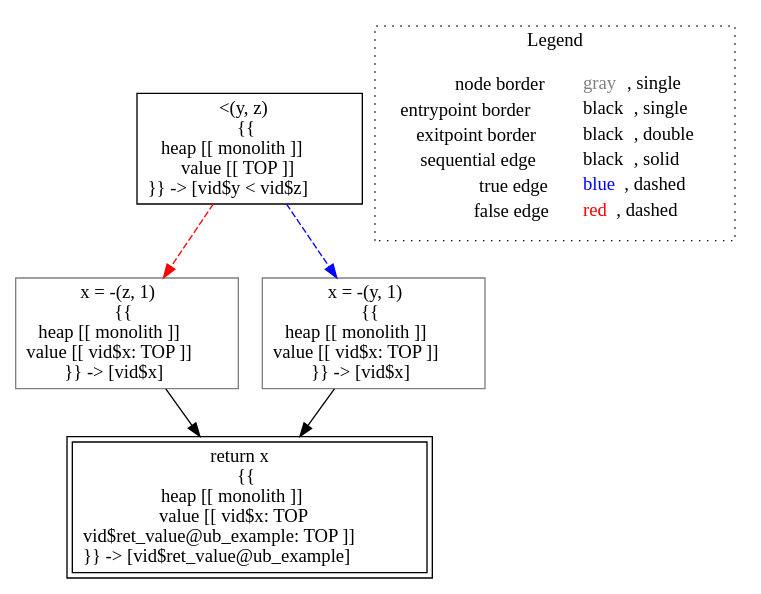
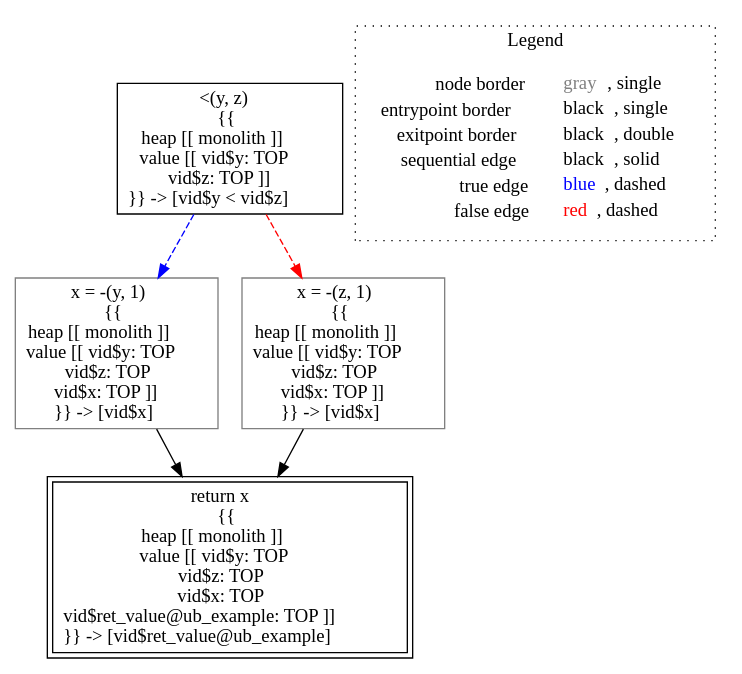
One commit to lisa-analyzer/lisa changed the diagram in lisa/imp-testcases/numeric/interval/analysis___untyped_ub_example(untyped_y,_untyped_z).dot. Above: the diagram before and after it, drawn with Graphviz. The commit also changed 18 other files, not shown here.

First line of the commit message:
PushAny for expressions creating top value

```diff
--- a/lisa/imp-testcases/numeric/interval/analysis___untyped_ub_example(untyped_y,_untyped_z).dot
+++ b/lisa/imp-testcases/numeric/interval/analysis___untyped_ub_example(untyped_y,_untyped_z).dot
@@ -1,17 +1,17 @@
 digraph {
-	"node0" [shape="rect",color="black",label=<&lt;(y, z)<BR/>{{<BR/>heap [[ monolith ]]<BR/>value [[ TOP ]]<BR/>}} -&gt; [vid$y &lt; vid$z]>];
-	"node1" [shape="rect",color="black",peripheries="2",label=<return x<BR/>{{<BR/>heap [[ monolith ]]<BR/>value [[ vid$x: TOP<BR/>vid$ret_value@ub_example: TOP ]]<BR/>}} -&gt; [vid$ret_value@ub_example]>];
-	"node2" [shape="rect",color="gray",label=<x = -(z, 1)<BR/>{{<BR/>heap [[ monolith ]]<BR/>value [[ vid$x: TOP ]]<BR/>}} -&gt; [vid$x]>];
-	"node3" [shape="rect",color="gray",label=<x = -(y, 1)<BR/>{{<BR/>heap [[ monolith ]]<BR/>value [[ vid$x: TOP ]]<BR/>}} -&gt; [vid$x]>];
+	"node0" [shape="rect",color="black",label=<&lt;(y, z)<BR/>{{<BR/>heap [[ monolith ]]<BR/>value [[ vid$y: TOP<BR/>vid$z: TOP ]]<BR/>}} -&gt; [vid$y &lt; vid$z]>];
+	"node1" [shape="rect",color="black",peripheries="2",label=<return x<BR/>{{<BR/>heap [[ monolith ]]<BR/>value [[ vid$y: TOP<BR/>vid$z: TOP<BR/>vid$x: TOP<BR/>vid$ret_value@ub_example: TOP ]]<BR/>}} -&gt; [vid$ret_value@ub_example]>];
+	"node2" [shape="rect",color="gray",label=<x = -(y, 1)<BR/>{{<BR/>heap [[ monolith ]]<BR/>value [[ vid$y: TOP<BR/>vid$z: TOP<BR/>vid$x: TOP ]]<BR/>}} -&gt; [vid$x]>];
+	"node3" [shape="rect",color="gray",label=<x = -(z, 1)<BR/>{{<BR/>heap [[ monolith ]]<BR/>value [[ vid$y: TOP<BR/>vid$z: TOP<BR/>vid$x: TOP ]]<BR/>}} -&gt; [vid$x]>];
+	"node0" -> "node2" [color="blue",style="dashed"];
+	"node0" -> "node3" [color="red",style="dashed"];
 	"node2" -> "node1" [color="black"];
 	"node3" -> "node1" [color="black"];
-	"node0" -> "node2" [color="red",style="dashed"];
-	"node0" -> "node3" [color="blue",style="dashed"];
 subgraph cluster_legend {
 	label="Legend";
 	style=dotted;
 	node [shape=plaintext];
 	"legend" [label=<<table border="0" cellpadding="2" cellspacing="0" cellborder="0"><tr><td align="right">node border&nbsp;</td><td align="left"><font color="gray">gray</font>, single</td></tr><tr><td align="right">entrypoint border&nbsp;</td><td align="left"><font color="black">black</font>, single</td></tr><tr><td align="right">exitpoint border&nbsp;</td><td align="left"><font color="black">black</font>, double</td></tr><tr><td align="right">sequential edge&nbsp;</td><td align="left"><font color="black">black</font>, solid</td></tr><tr><td align="right">true edge&nbsp;</td><td align="left"><font color="blue">blue</font>, dashed</td></tr><tr><td align="right">false edge&nbsp;</td><td align="left"><font color="red">red</font>, dashed</td></tr></table>>];
 }
 
 }
```
